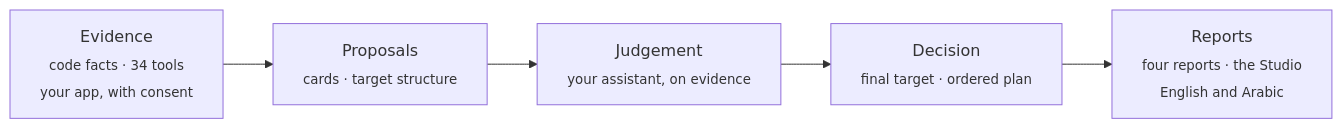
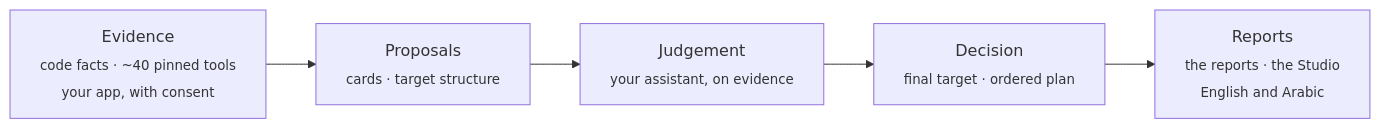
One commit to eom1417/engineering-audit-os changed the diagram in README.md. Above: the diagram before and after it, drawn with Mermaid. The commit also changed other lines of this file and 52 other files, not shown here.

````diff
--- a/README.md
+++ b/README.md
@@ -107,7 +135,7 @@
 ```mermaid
 flowchart LR
-  A["Evidence<br/><sub>code facts · 34 tools<br/>your app, with consent</sub>"] --> B["Proposals<br/><sub>cards · target structure</sub>"]
+  A["Evidence<br/><sub>code facts · ~40 pinned tools<br/>your app, with consent</sub>"] --> B["Proposals<br/><sub>cards · target structure</sub>"]
   B --> C["Judgement<br/><sub>your assistant, on evidence</sub>"]
   C --> D["Decision<br/><sub>final target · ordered plan</sub>"]
-  D --> E["Reports<br/><sub>four reports · the Studio<br/>English and Arabic</sub>"]
+  D --> E["Reports<br/><sub>the reports · the Studio<br/>English and Arabic</sub>"]
 ```
````
